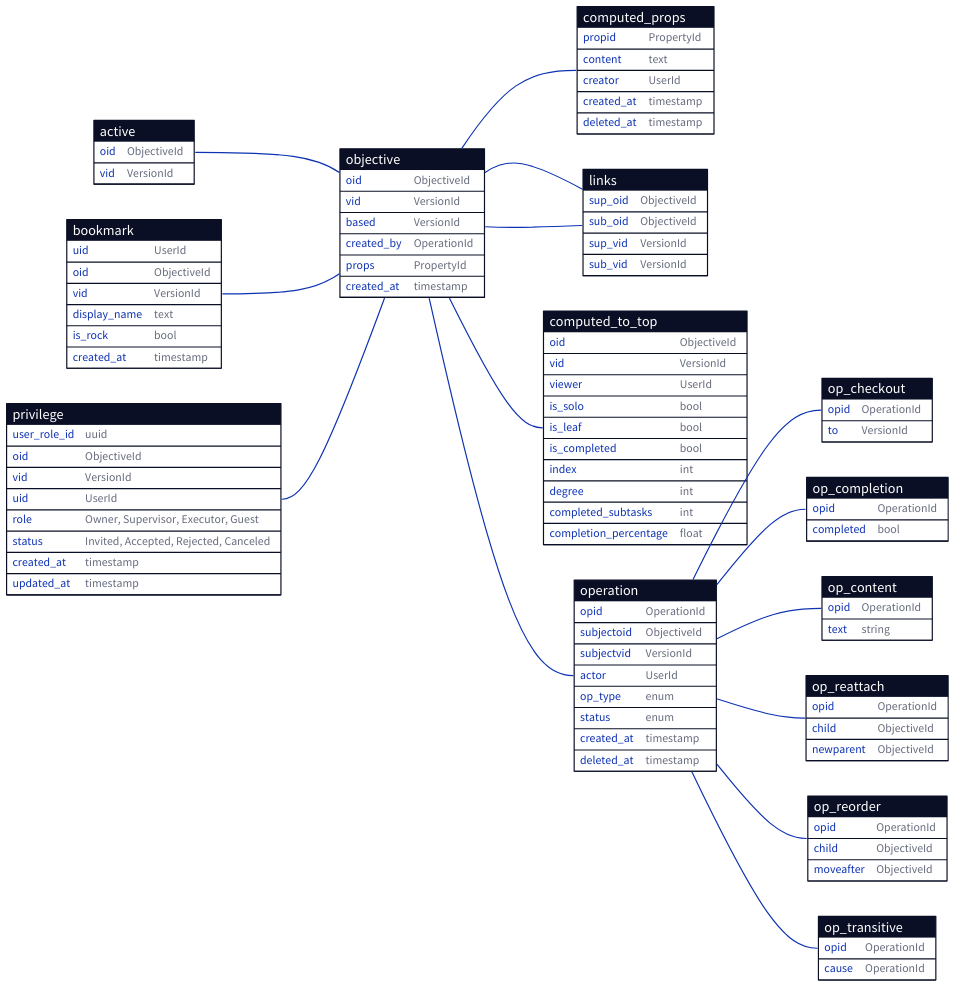
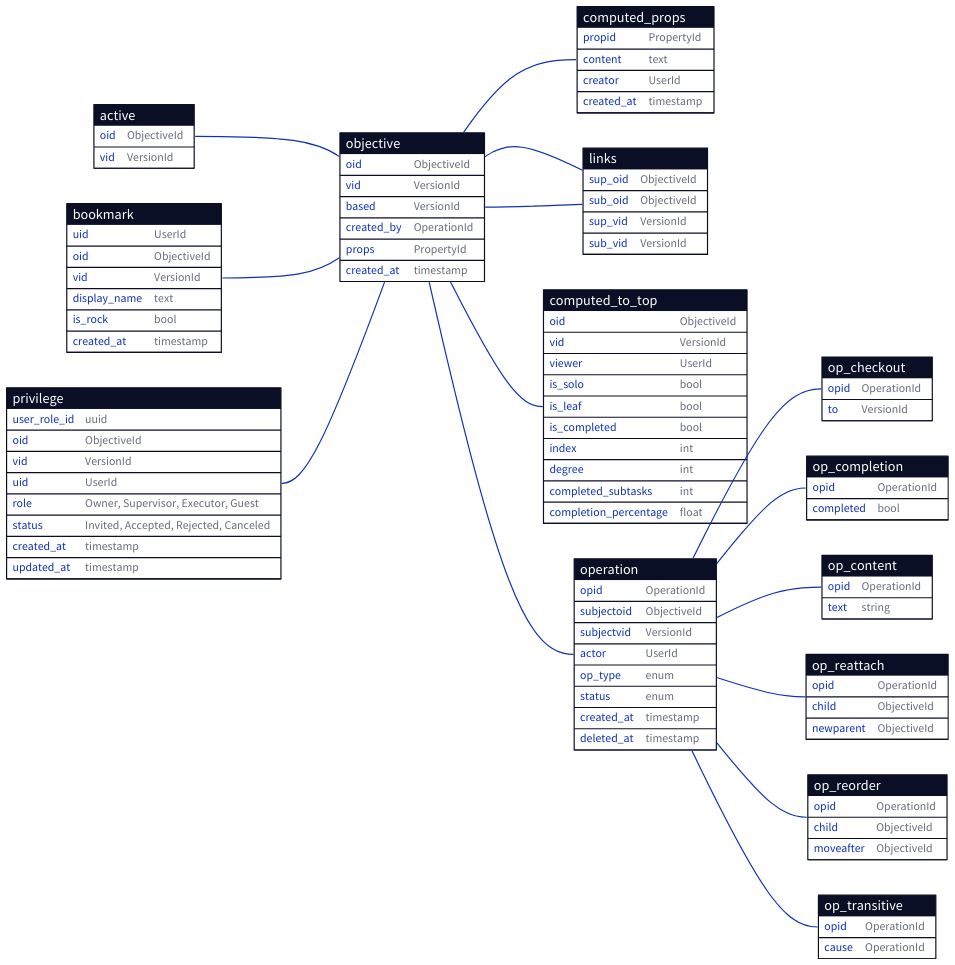
One commit to ufukty/logbook changed the diagram in docs/database/simplified.d2. Above: the diagram before and after it, drawn with D2. The commit also changed 1 other file, not shown here.

Commit message:
docs/database/simplified: removes column `deleted_at` from `computed_props` as its use is ambiguous

```diff
--- a/docs/database/simplified.d2
+++ b/docs/database/simplified.d2
@@ -1,175 +1,174 @@
 active: {
   shape: sql_table
 
   oid: ObjectiveId
   vid: VersionId
 }
 
 bookmark: {
   shape: sql_table
 
   uid: UserId
   oid: ObjectiveId
   vid: VersionId
   display_name: text
   is_rock: bool # rocks are hidden in the UI
   created_at: timestamp
 }
 
 privilege: {
   shape: sql_table
 
   user_role_id: uuid
   oid: ObjectiveId
   vid: VersionId
   uid: UserId
   role: "Owner, Supervisor, Executor, Guest"
   status: "Invited, Accepted, Rejected, Canceled"
   created_at: timestamp
   updated_at: timestamp
 }
 
 objective: {
   shape: sql_table
 
   oid: ObjectiveId
   vid: VersionId
   based: VersionId
   created_by: OperationId
   props: PropertyId
 
   created_at: timestamp # creation of this version (=row)
 }
 
 # cached from operations to reduce view build duration
 # separately versioned from the objective to detach it from privilege and collaboration config changes
 computed_props: {
   shape: sql_table
 
   propid: PropertyId
   content: text
   creator: UserId
   created_at: timestamp
-  deleted_at: timestamp
 }
 
 links: {
   shape: sql_table
 
   sup_oid: ObjectiveId
   sub_oid: ObjectiveId
   sup_vid: VersionId
   sub_vid: VersionId
 }
 
 computed_to_top: {
   shape: sql_table
 
   oid: ObjectiveId
   vid: VersionId
   viewer: UserId
 
   is_solo: bool
   is_leaf: bool
   is_completed: bool
 
   index: int
   degree: int
   completed_subtasks: int
   completion_percentage: float
 }
 
 operation: {
   shape: sql_table
 
   opid: OperationId
   
   subjectoid: ObjectiveId
   subjectvid: VersionId
   actor: UserId
 
   op_type: enum # Transitive, Checkout, Completion, Reattach, Reorder, Content
   status: enum # Received, Accepted, Rejected
 
   created_at: timestamp
   deleted_at: timestamp
 }
 
 op_checkout: {
   shape: sql_table
   
   opid: OperationId 
   to: VersionId
 }
 
 op_content: {
   shape: sql_table
   
   opid: OperationId 
   text: string
 }
 
 op_completion: {
   shape: sql_table
 
   opid: OperationId
   completed: bool
 }
 
 # reattachment operation gets defined on the old parent of the objective is requested to be moved into next parent's bottom
 op_reattach: {
   shape: sql_table
   
   opid: OperationId 
   child: ObjectiveId # find the vid from only version of child linked to current version of subject
   newparent: ObjectiveId # find the vid of parent from following the ascendants of subject reached from active versions
 }
 
 op_reorder: {
   shape: sql_table
   
   opid: OperationId 
   child: ObjectiveId
   moveafter: ObjectiveId
 }
 
 # every ascendant gets an transitive update operation when an objective gets version changing event from user (either checkout or content/prop modification)
 op_transitive: {
   shape: sql_table
   
   opid: OperationId 
   cause: OperationId
 }
 
 direction: right
 
 active.oid -- objective.oid
 
 # a bookmark points to a root node of a work tree
 bookmark.oid -- objective.oid
 # bookmark.vid -- objective.vid
 
 # Any task with custom privilege hand.can have owner/viewers/executors
 privilege.oid -- objective.oid
 # privilege.vid -- objective.vid
 
 objective.oid -- links.sup_oid
 # objective.vid -- links.sup_vid
 
 objective.oid -- links.sub_oid
 # objective.vid -- links.sub_vid
 
 objective.oid -- computed_to_top.oid
 # objective.vid -- computed_to_top.vid
 
 operation.opid -- op_checkout.opid
 operation.opid -- op_completion.opid
 operation.opid -- op_content.opid
 operation.opid -- op_reattach.opid
 operation.opid -- op_reorder.opid
 operation.opid -- op_transitive.opid
 
 objective.created_by -- operation.opid
 
 objective.props -- computed_props.propid
 # objective.vid -- props.vid
```
